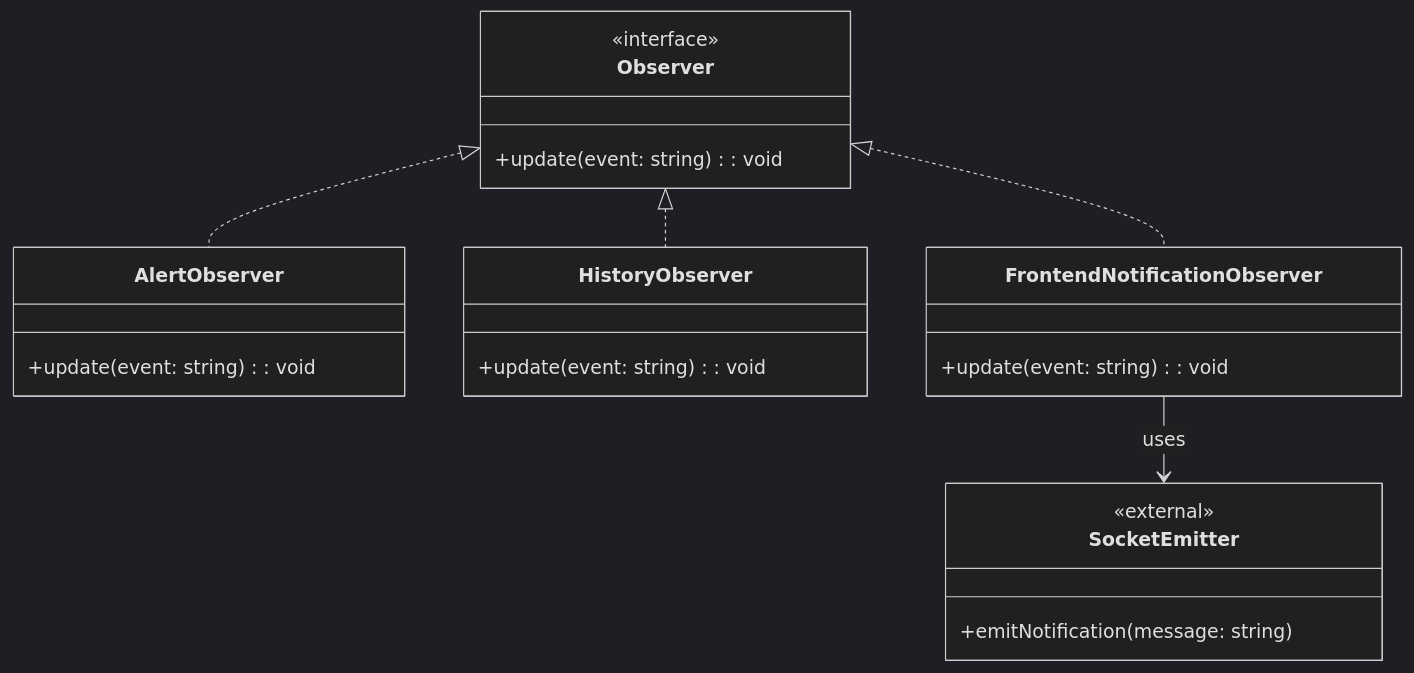
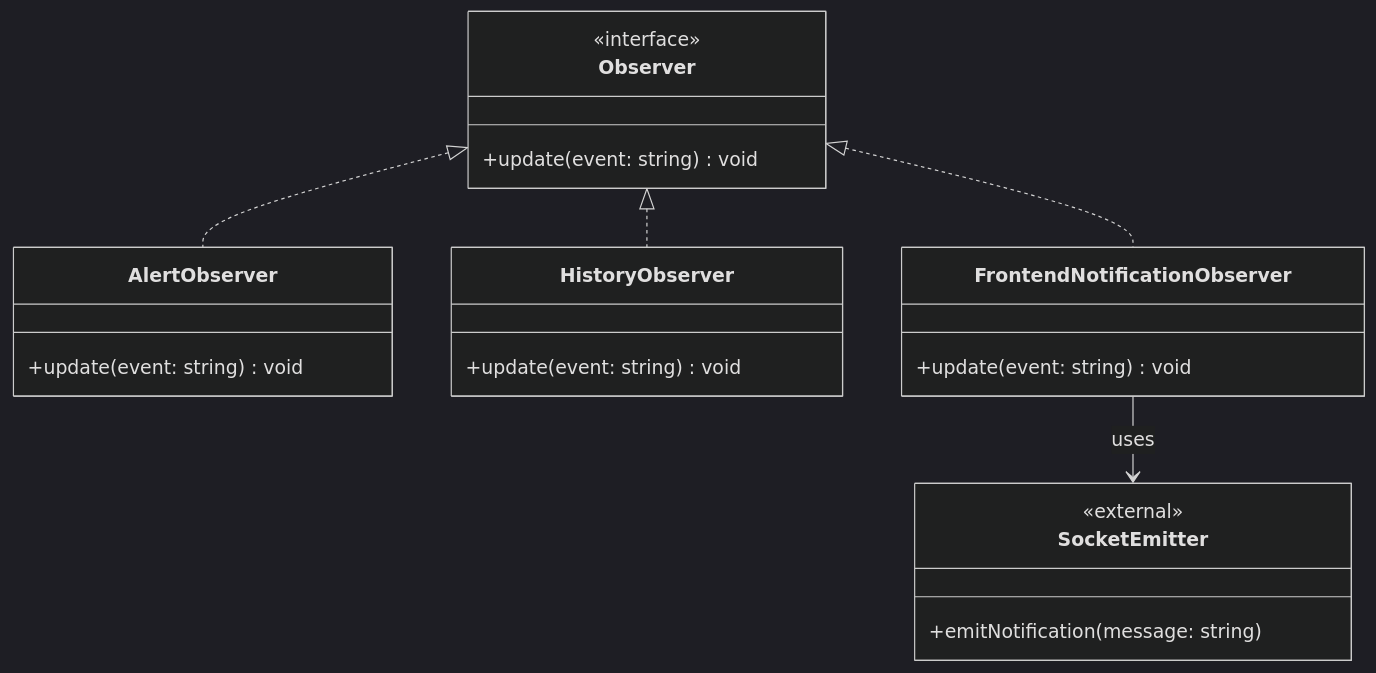
The fifth of 15 diagrams in docs/report_rubens_rabelo.md (rubensrabelo/gestao-de-consumo-de-energia), drawn with Mermaid (dark theme) before and after one commit. The commit also changed other lines of this file and 1 other file, not shown here.

````diff
--- a/docs/report_rubens_rabelo.md
+++ b/docs/report_rubens_rabelo.md
@@ -526,31 +536,31 @@
 ```mermaid
 classDiagram
     class Observer {
         <<interface>>
-        +update(event: string): void
+        +update(event: string) void
     }
 
     class AlertObserver {
-        +update(event: string): void
+        +update(event: string) void
     }
 
     class HistoryObserver {
-        +update(event: string): void
+        +update(event: string) void
     }
 
     class FrontendNotificationObserver {
-        +update(event: string): void
+        +update(event: string) void
     }
 
     class SocketEmitter {
         <<external>>
         +emitNotification(message: string)
     }
 
     Observer <|.. AlertObserver
     Observer <|.. HistoryObserver
     Observer <|.. FrontendNotificationObserver
 
     FrontendNotificationObserver --> SocketEmitter : uses
 
 ```
````
